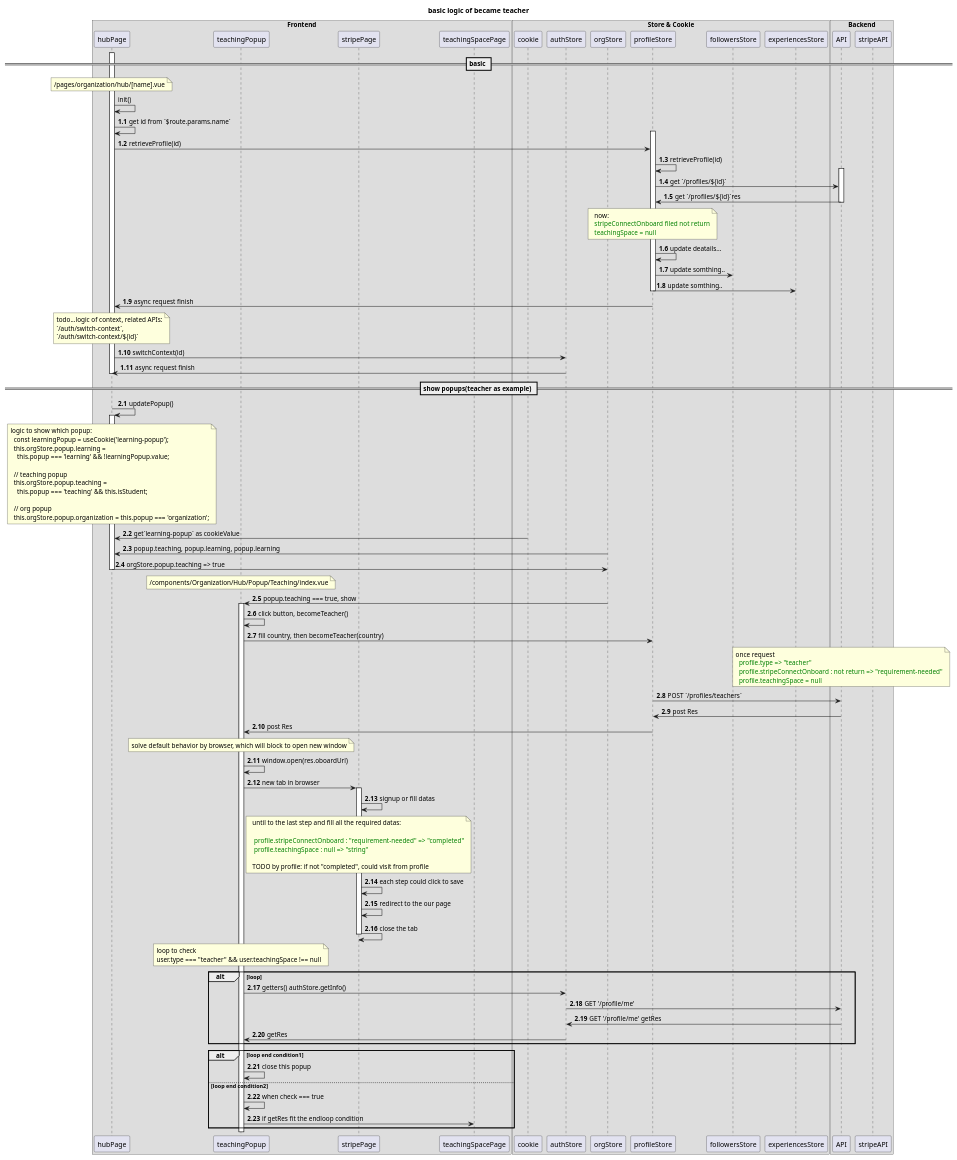
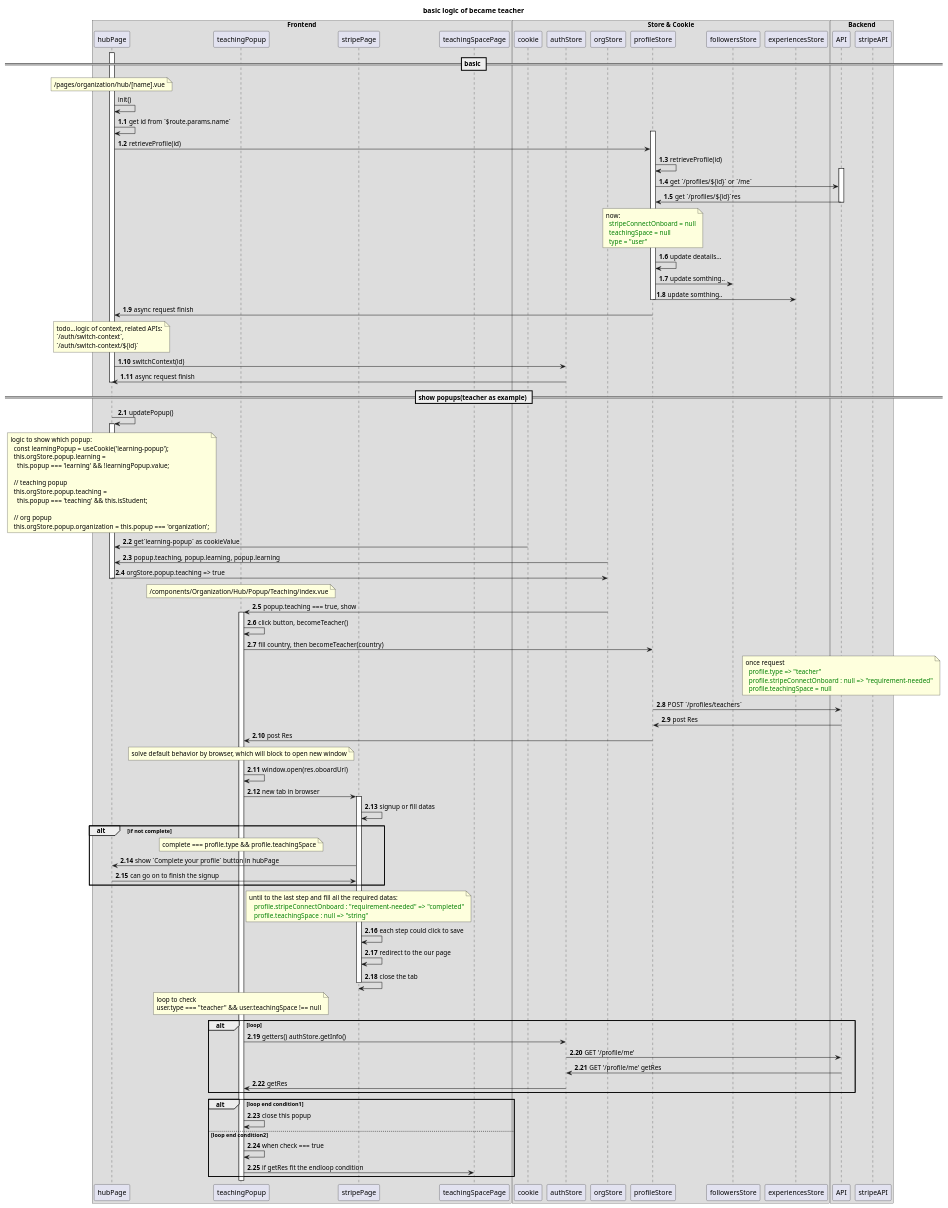
Before and after one commit to chase-si/umlDesigns: the diagram in src/aladia/upwork-aladia-become-teacher.wsd, drawn with PlantUML. The commit also changed other lines of this file and 5 other files, not shown here.

```diff
--- a/src/aladia/upwork-aladia-become-teacher.wsd
+++ b/src/aladia/upwork-aladia-become-teacher.wsd
@@ -2,136 +1,141 @@
 @startuml
 title "basic logic of became teacher"
 
 box "Frontend"
 participant hubPage
 participant teachingPopup
 participant stripePage
 participant teachingSpacePage
 end box
 
 box "Store & Cookie"
 participant cookie
 participant authStore
 participant orgStore
 participant profileStore
 participant followersStore
 participant experiencesStore
 end box
 
 box "Backend"
 participant API
 participant stripeAPI
 end box
 
 == basic ==
 activate hubPage
 note over hubPage
 /pages/organization/hub/[name].vue
 end note
 hubPage -> hubPage : init()
 autonumber 1.1
 hubPage -> hubPage : get id from `$route.params.name`
   activate profileStore
     hubPage -> profileStore : retrieveProfile(id)
     profileStore -> profileStore : retrieveProfile(id)
       activate API
-      profileStore -> API : get `/profiles/${id}`
+      profileStore -> API : get `/profiles/${id}` or `/me`
       profileStore <- API : get `/profiles/${id}`res
       deactivate API
     note over profileStore
-      now:
-    <color green>  stripeConnectOnboard filed not return
+    now:
+    <color green>  stripeConnectOnboard = null
     <color green>  teachingSpace = null
+    <color green>  type = "user"
     end note
     profileStore -> profileStore : update deatails...
     profileStore -> followersStore : update somthing..
     profileStore -> experiencesStore: update somthing..
   deactivate profileStore
 hubPage <- profileStore : async request finish
 
 note over hubPage
 todo...logic of context, related APIs:
 `/auth/switch-context`,
 `/auth/switch-context/${id}`
 end note
 hubPage -> authStore : switchContext(id)
 hubPage <- authStore : async request finish
 deactivate hubPage
 autonumber stop
 
 == show popups(teacher as example) ==
 autonumber 2.1
 hubPage -> hubPage : updatePopup()
 activate hubPage
 note over hubPage
 logic to show which popup:
   const learningPopup = useCookie('learning-popup');
   this.orgStore.popup.learning =
     this.popup === 'learning' && !learningPopup.value;
 
   // teaching popup
   this.orgStore.popup.teaching =
     this.popup === 'teaching' && this.isStudent;
 
   // org popup
   this.orgStore.popup.organization = this.popup === 'organization';
 end note
 hubPage <- cookie : get`learning-popup` as cookieValue
 hubPage <- orgStore : popup.teaching, popup.learning, popup.learning
 hubPage -> orgStore : orgStore.popup.teaching => true
 deactivate hubPage
 
 note over teachingPopup
 /components/Organization/Hub/Popup/Teaching/index.vue
 end note
 teachingPopup <- orgStore: popup.teaching === true, show
 activate teachingPopup
 teachingPopup -> teachingPopup: click button, becomeTeacher()
 teachingPopup -> profileStore: fill country, then becomeTeacher(country)
 note over API
 once request
 <color green>  profile.type => "teacher"
-<color green>  profile.stripeConnectOnboard : not return => "requirement-needed"
+<color green>  profile.stripeConnectOnboard : null => "requirement-needed"
 <color green>  profile.teachingSpace = null
 end note
 profileStore -> API: POST `/profiles/teachers`
 profileStore <- API: post Res
 profileStore -> teachingPopup: post Res
 note over teachingPopup
 solve default behavior by browser, which will block to open new window
 end note
 teachingPopup -> teachingPopup: window.open(res.oboardUrl)
   teachingPopup -> stripePage: new tab in browser
   activate stripePage
   stripePage -> stripePage : signup or fill datas
+  alt if not complete
+    note over teachingPopup
+      complete === profile.type && profile.teachingSpace
+    end note
+    hubPage <- stripePage: show `Complete your profile` button in hubPage
+    hubPage -> stripePage: can go on to finish the signup
+  end
   note over stripePage
-  until to the last step and fill all the required datas:
-
-<color green>   profile.stripeConnectOnboard : "requirement-needed" => "completed"
-<color green>   profile.teachingSpace : null => "string"
-
-  TODO by profile: if not "completed", could visit from profile
+    until to the last step and fill all the required datas:
+    <color green>   profile.stripeConnectOnboard : "requirement-needed" => "completed"
+    <color green>   profile.teachingSpace : null => "string"
   end note
   stripePage -> stripePage : each step could click to save
   stripePage -> stripePage : redirect to the our page
   stripePage -> stripePage : close the tab
   deactivate stripePage
 
 note over teachingPopup
 loop to check
 user.type === "teacher" && user.teachingSpace !== null
 end note
 alt loop
 teachingPopup -> authStore : getters() authStore.getInfo()
 authStore -> API : GET '/profile/me'
 authStore <- API : GET '/profile/me' getRes
 teachingPopup <- authStore : getRes
 end
 alt loop end condition1
 teachingPopup -> teachingPopup : close this popup
 else loop end condition2
 teachingPopup -> teachingPopup : when check === true
 teachingPopup -> teachingSpacePage : if getRes fit the endloop condition
 end
 
 @enduml
```
